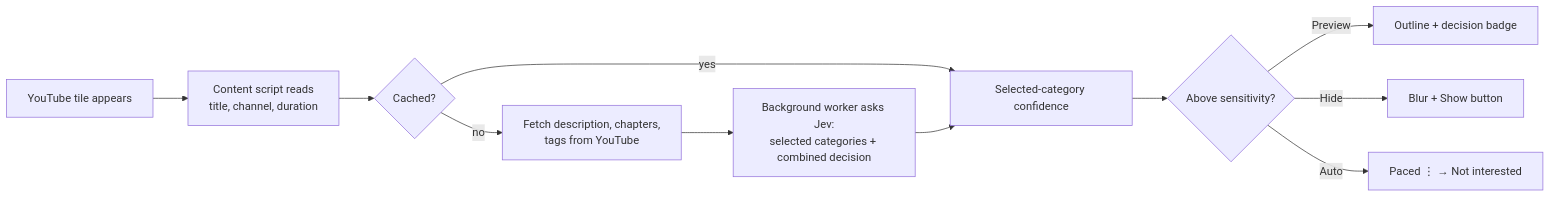
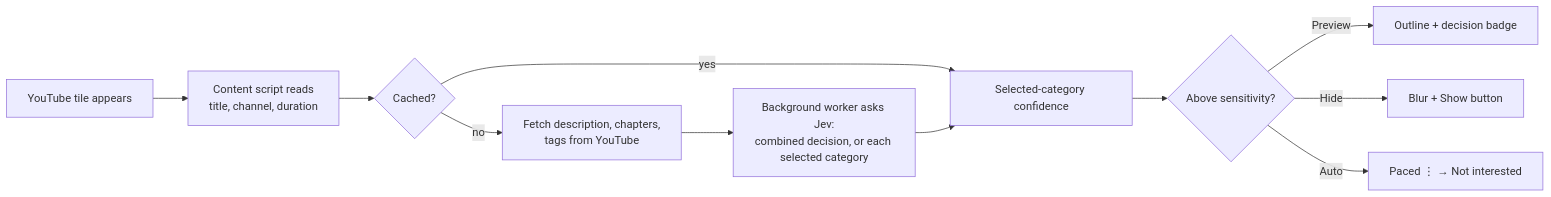
Before and after one commit to Skynet843/feedkeeper: the diagram in README.md, drawn with Mermaid. The commit also changed other lines of this file and 5 other files, not shown here.

````diff
--- a/README.md
+++ b/README.md
@@ -158,13 +158,13 @@
 ```mermaid
 flowchart LR
     A[YouTube tile appears] --> B[Content script reads<br/>title, channel, duration]
     B --> C{Cached?}
     C -- yes --> F
     C -- no --> D[Fetch description, chapters,<br/>tags from YouTube]
-    D --> E[Background worker asks Jev:<br/>selected categories + combined decision]
+    D --> E[Background worker asks Jev:<br/>combined decision, or each selected category]
     E --> F[Selected-category confidence]
     F --> G{Above sensitivity?}
     G -- Preview --> H[Outline + decision badge]
     G -- Hide --> I[Blur + Show button]
     G -- Auto --> J[Paced ⋮ → Not interested]
 ```
````
